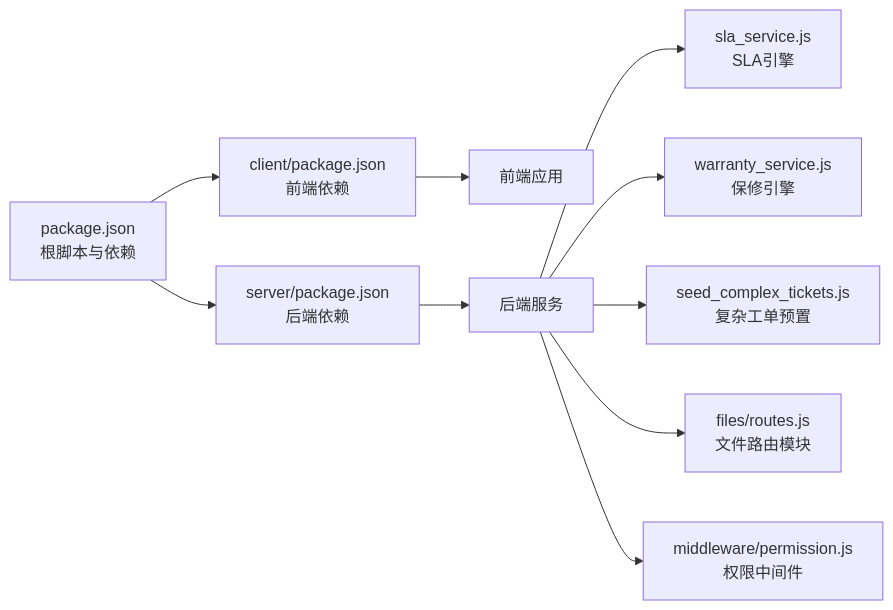
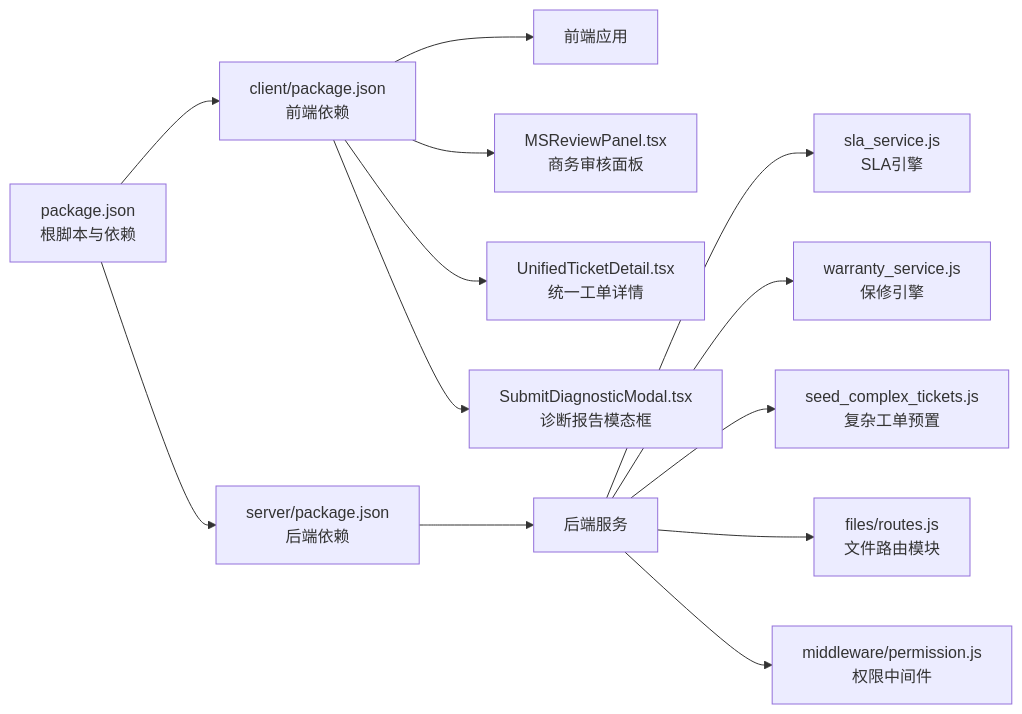
Before and after one commit to CubeEdge/Longhorn: the eighth of 8 diagrams in .qoder/repowiki/zh/content/Development Logs.md, drawn with Mermaid. The commit also changed other lines of this file and 29 other files, not shown here.

````diff
--- a/.qoder/repowiki/zh/content/Development Logs.md
+++ b/.qoder/repowiki/zh/content/Development Logs.md
@@ -471,12 +547,15 @@
 ```mermaid
 graph LR
 Root["package.json<br/>根脚本与依赖"] --> Client["client/package.json<br/>前端依赖"]
 Root --> Server["server/package.json<br/>后端依赖"]
 Client --> FE["前端应用"]
 Server --> BE["后端服务"]
 BE --> SLA["sla_service.js<br/>SLA引擎"]
 BE --> Warranty["warranty_service.js<br/>保修引擎"]
 BE --> ComplexTickets["seed_complex_tickets.js<br/>复杂工单预置"]
 BE --> FilesRoutes["files/routes.js<br/>文件路由模块"]
 BE --> Middleware["middleware/permission.js<br/>权限中间件"]
+Client --> MSReviewPanel["MSReviewPanel.tsx<br/>商务审核面板"]
+Client --> UnifiedTicketDetail["UnifiedTicketDetail.tsx<br/>统一工单详情"]
+Client --> SubmitDiagnosticModal["SubmitDiagnosticModal.tsx<br/>诊断报告模态框"]
 ```
````
